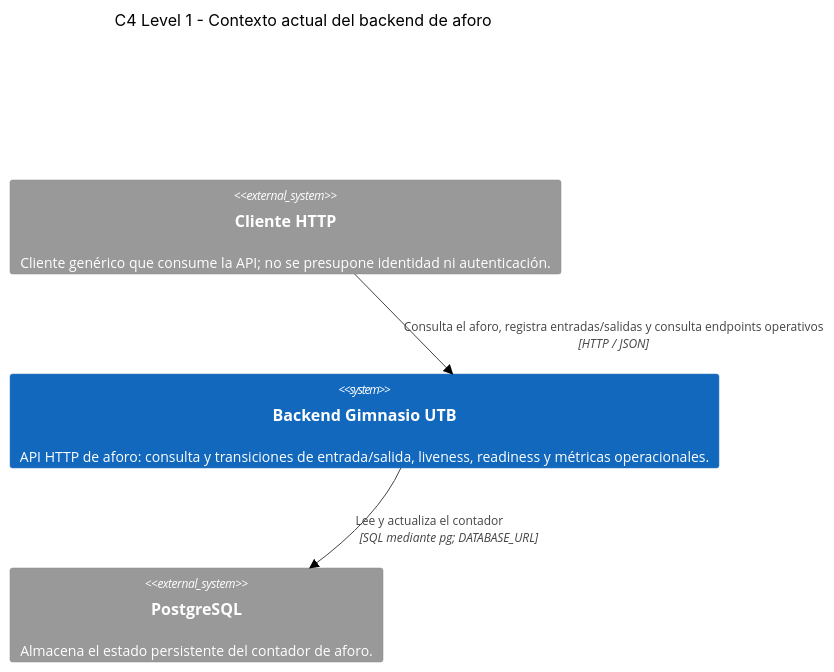
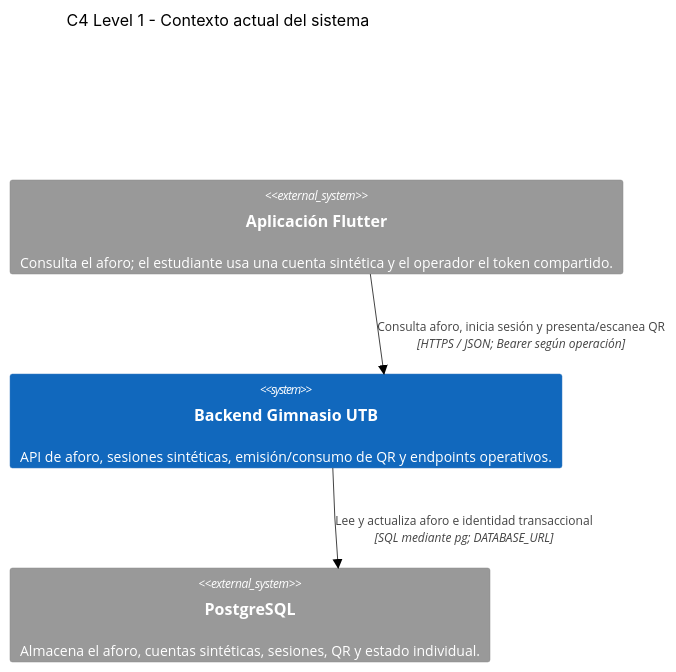
The diagram in docs/c4/c4_level1.md (ISCOUTB/AS_202620_GimnasioUTB), drawn with Mermaid (forest theme) before and after one commit. The commit also changed other lines of this file and 35 other files, not shown here.

````diff
--- a/docs/c4/c4_level1.md
+++ b/docs/c4/c4_level1.md
@@ -1,11 +1,11 @@
 ```mermaid
 C4Context
-    title C4 Level 1 - Contexto actual del backend de aforo
+    title C4 Level 1 - Contexto actual del sistema
 
-    System_Ext(cliente, "Cliente HTTP", "Cliente genérico que consume la API; no se presupone identidad ni autenticación.")
-    System(backend, "Backend Gimnasio UTB", "API HTTP de aforo: consulta y transiciones de entrada/salida, liveness, readiness y métricas operacionales.")
-    System_Ext(postgres, "PostgreSQL", "Almacena el estado persistente del contador de aforo.")
+    System_Ext(cliente, "Aplicación Flutter", "Consulta el aforo; el estudiante usa una cuenta sintética y el operador el token compartido.")
+    System(backend, "Backend Gimnasio UTB", "API de aforo, sesiones sintéticas, emisión/consumo de QR y endpoints operativos.")
+    System_Ext(postgres, "PostgreSQL", "Almacena el aforo, cuentas sintéticas, sesiones, QR y estado individual.")
 
-    Rel(cliente, backend, "Consulta el aforo, registra entradas/salidas y consulta endpoints operativos", "HTTP / JSON")
-    Rel(backend, postgres, "Lee y actualiza el contador", "SQL mediante pg; DATABASE_URL")
+    Rel(cliente, backend, "Consulta aforo, inicia sesión y presenta/escanea QR", "HTTPS / JSON; Bearer según operación")
+    Rel(backend, postgres, "Lee y actualiza aforo e identidad transaccional", "SQL mediante pg; DATABASE_URL")
 ```
````
